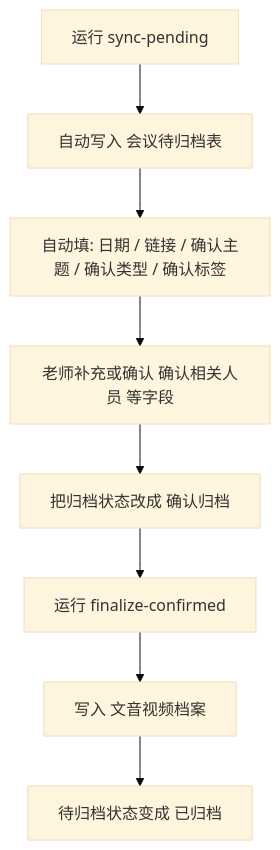
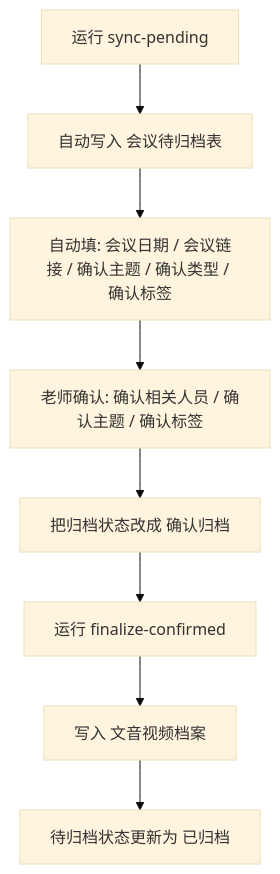
Before and after one commit to Evan-777/wps-meeting-archive: the diagram in README.md, drawn with Mermaid (base theme). The commit also changed other lines of this file and 13 other files, not shown here.

````diff
--- a/README.md
+++ b/README.md
@@ -63,10 +16,10 @@
 ```mermaid
 flowchart TD
     A["运行 sync-pending"] --> B["自动写入 会议待归档表"]
-    B --> C["自动填: 日期 / 链接 / 确认主题 / 确认类型 / 确认标签"]
-    C --> D["老师补充或确认 确认相关人员 等字段"]
+    B --> C["自动填: 会议日期 / 会议链接 / 确认主题 / 确认类型 / 确认标签"]
+    C --> D["老师确认: 确认相关人员 / 确认主题 / 确认标签"]
     D --> E["把归档状态改成 确认归档"]
     E --> F["运行 finalize-confirmed"]
     F --> G["写入 文音视频档案"]
-    G --> H["待归档状态变成 已归档"]
+    G --> H["待归档状态更新为 已归档"]
 ```
````
